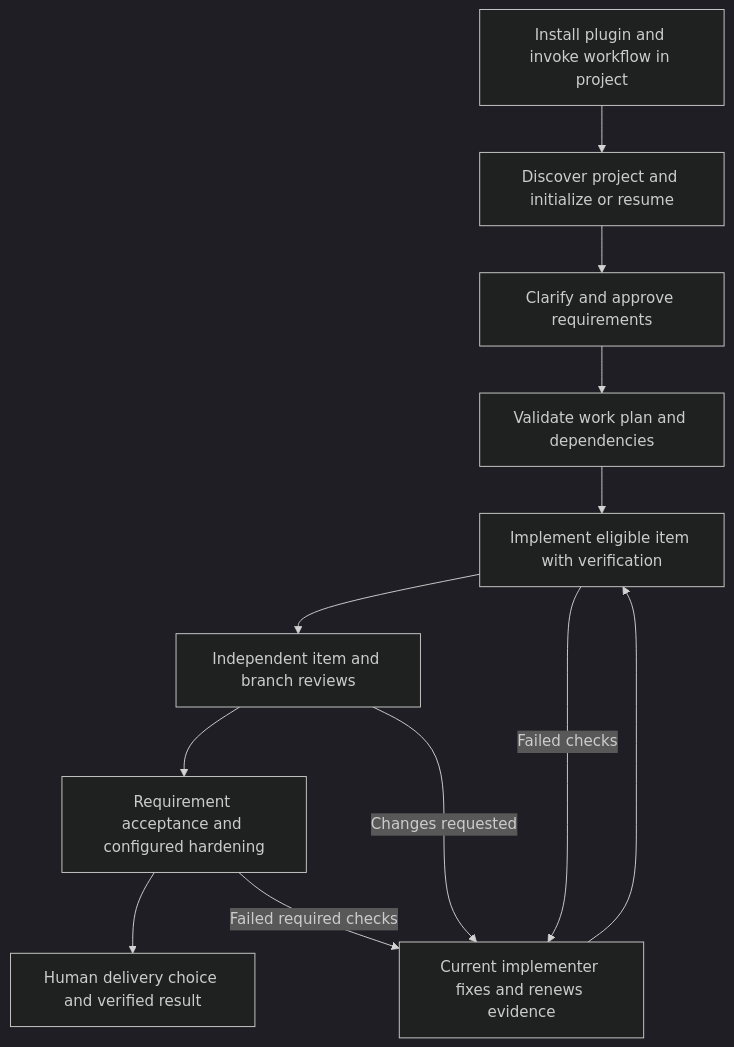
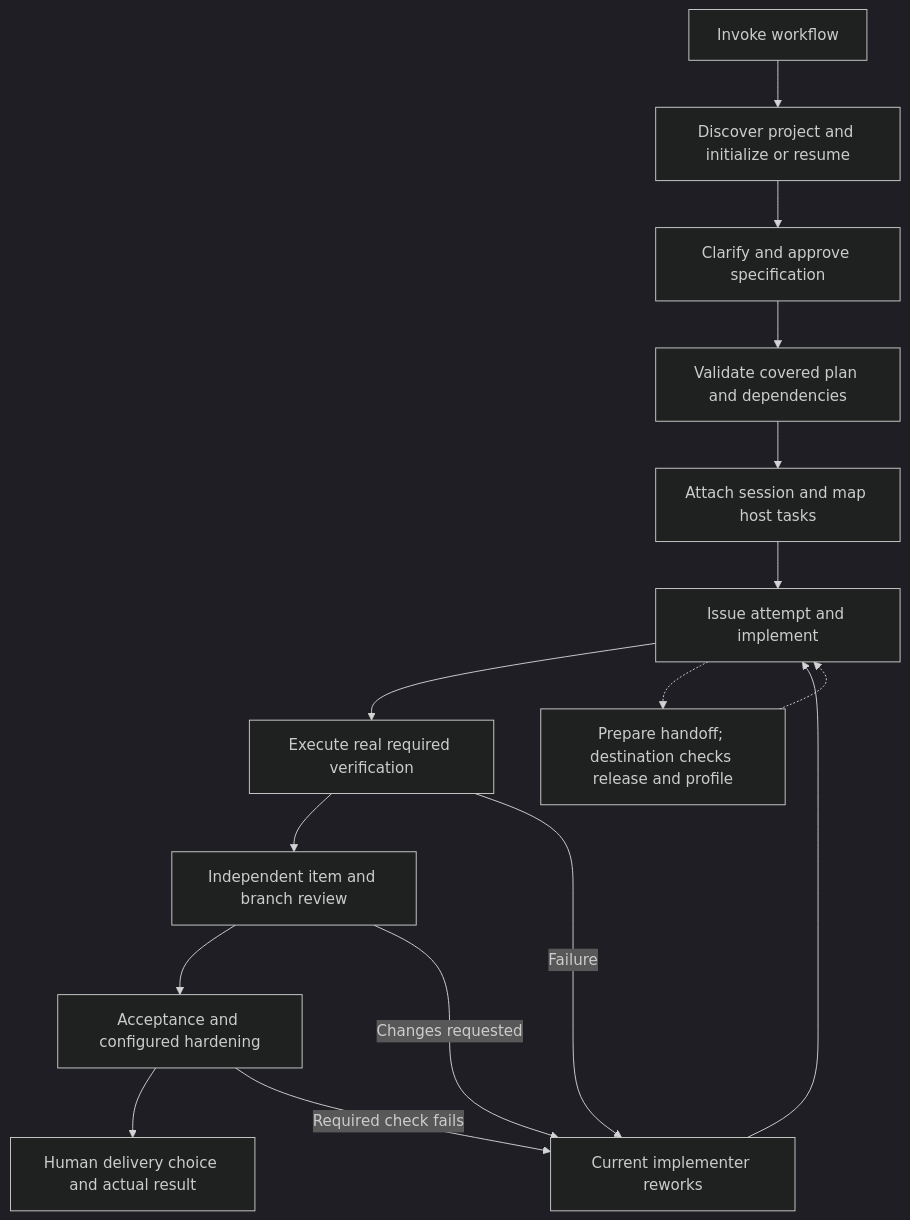
The diagram in docs/setup-and-usage.md (wgentil/devflow), drawn with Mermaid (dark theme) before and after one commit. The commit also changed other lines of this file and 14 other files, not shown here.

Commit message:
docs: verify cross-host workflow and usage

````diff
--- a/docs/setup-and-usage.md
+++ b/docs/setup-and-usage.md
@@ -94,14 +42,18 @@
 ```mermaid
 flowchart TD
-    Start["Install plugin and invoke workflow in project"] --> Init["Discover project and initialize or resume"]
-    Init --> Spec["Clarify and approve requirements"]
-    Spec --> Plan["Validate work plan and dependencies"]
-    Plan --> Work["Implement eligible item with verification"]
-    Work --> Review["Independent item and branch reviews"]
-    Review --> Acceptance["Requirement acceptance and configured hardening"]
-    Acceptance --> Delivery["Human delivery choice and verified result"]
-    Work -->|Failed checks| Fix["Current implementer fixes and renews evidence"]
+    Invoke[Invoke workflow] --> Init[Discover project and initialize or resume]
+    Init --> Spec[Clarify and approve specification]
+    Spec --> Plan[Validate covered plan and dependencies]
+    Plan --> Attach[Attach session and map host tasks]
+    Attach --> Work[Issue attempt and implement]
+    Work --> Proof[Execute real required verification]
+    Proof --> Review[Independent item and branch review]
+    Review --> Accept[Acceptance and configured hardening]
+    Accept --> Deliver[Human delivery choice and actual result]
+    Proof -->|Failure| Fix[Current implementer reworks]
     Review -->|Changes requested| Fix
-    Acceptance -->|Failed required checks| Fix
+    Accept -->|Required check fails| Fix
     Fix --> Work
+    Work -.-> Transfer[Prepare handoff; destination checks release and profile]
+    Transfer -.-> Work
 ```
````
